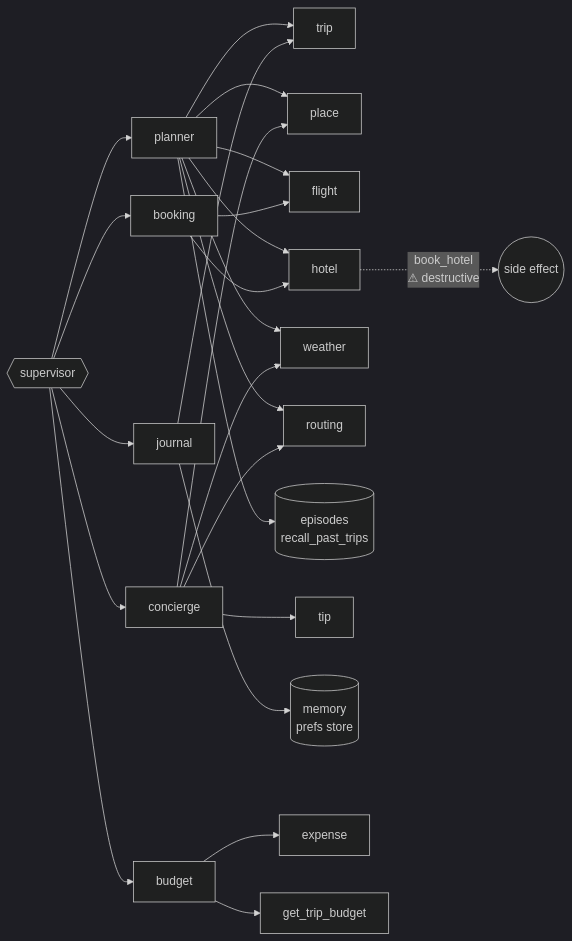
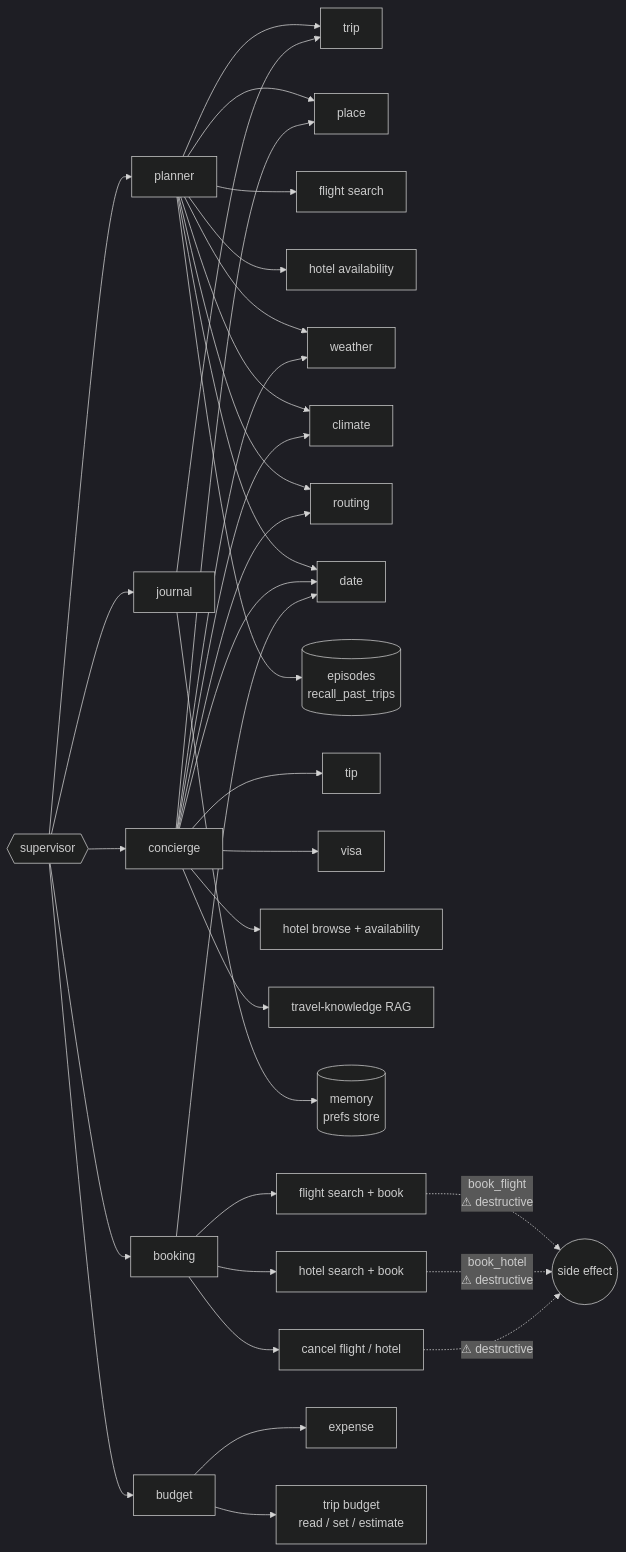
The fifth of 5 diagrams in WORKFLOW_DIAGRAM.md (minhtran3124/travel-pi), drawn with Mermaid (dark theme) before and after one commit. The commit also changed other lines of this file and 11 other files, not shown here.

````diff
--- a/WORKFLOW_DIAGRAM.md
+++ b/WORKFLOW_DIAGRAM.md
@@ -171,34 +198,45 @@
 ```mermaid
 flowchart LR
     Sup{{supervisor}}
 
     Sup --> P[planner]
     Sup --> C[concierge]
     Sup --> J[journal]
     Sup --> B[booking]
     Sup --> Bu[budget]
 
     P --> trip[trip]
     P --> place[place]
-    P --> flight[flight]
-    P --> hotel[hotel]
+    P --> flightS["flight search"]
+    P --> hotelA["hotel availability"]
     P --> weather[weather]
+    P --> climate[climate]
     P --> routing[routing]
+    P --> date[date]
     P --> episodes[("episodes<br/>recall_past_trips")]
 
     C --> place
     C --> weather
+    C --> climate
     C --> routing
     C --> tip[tip]
+    C --> visa[visa]
+    C --> hotelBrowse["hotel browse + availability"]
+    C --> knowledge["travel-knowledge RAG"]
+    C --> date
 
     J --> trip
     J --> memory[("memory<br/>prefs store")]
 
-    B --> flight
-    B --> hotel
+    B --> flight["flight search + book"]
+    B --> hotel["hotel search + book"]
+    B --> cancel["cancel flight / hotel"]
+    B --> date
 
     Bu --> expense[expense]
-    Bu --> tripbudget["get_trip_budget"]
+    Bu --> tripbudget["trip budget<br/>read / set / estimate"]
 
-    hotel -.->|"book_hotel<br/>⚠ destructive"| money((side effect))
+    flight -.->|"book_flight<br/>⚠ destructive"| money((side effect))
+    hotel -.->|"book_hotel<br/>⚠ destructive"| money
+    cancel -.->|"⚠ destructive"| money
 ```
````
